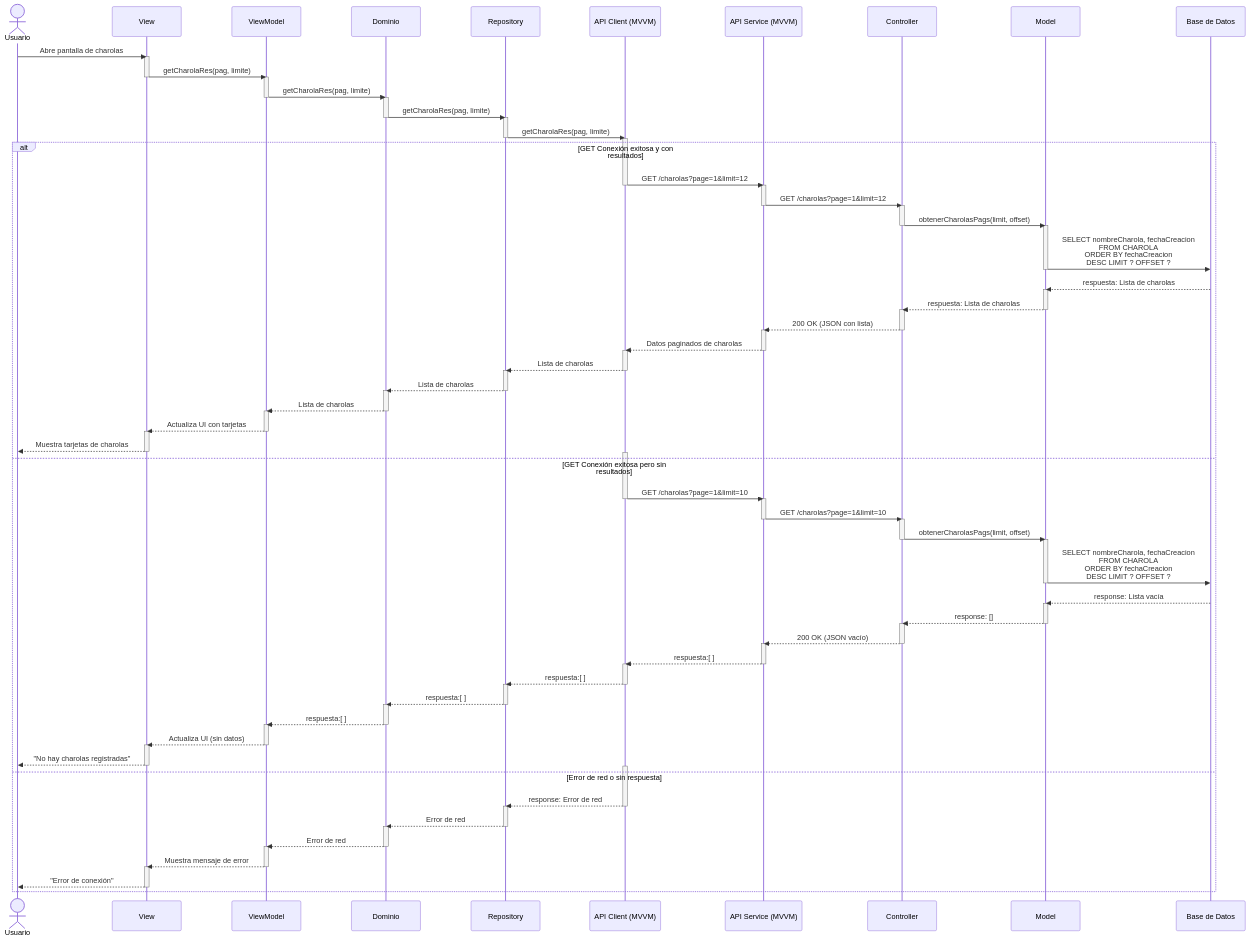
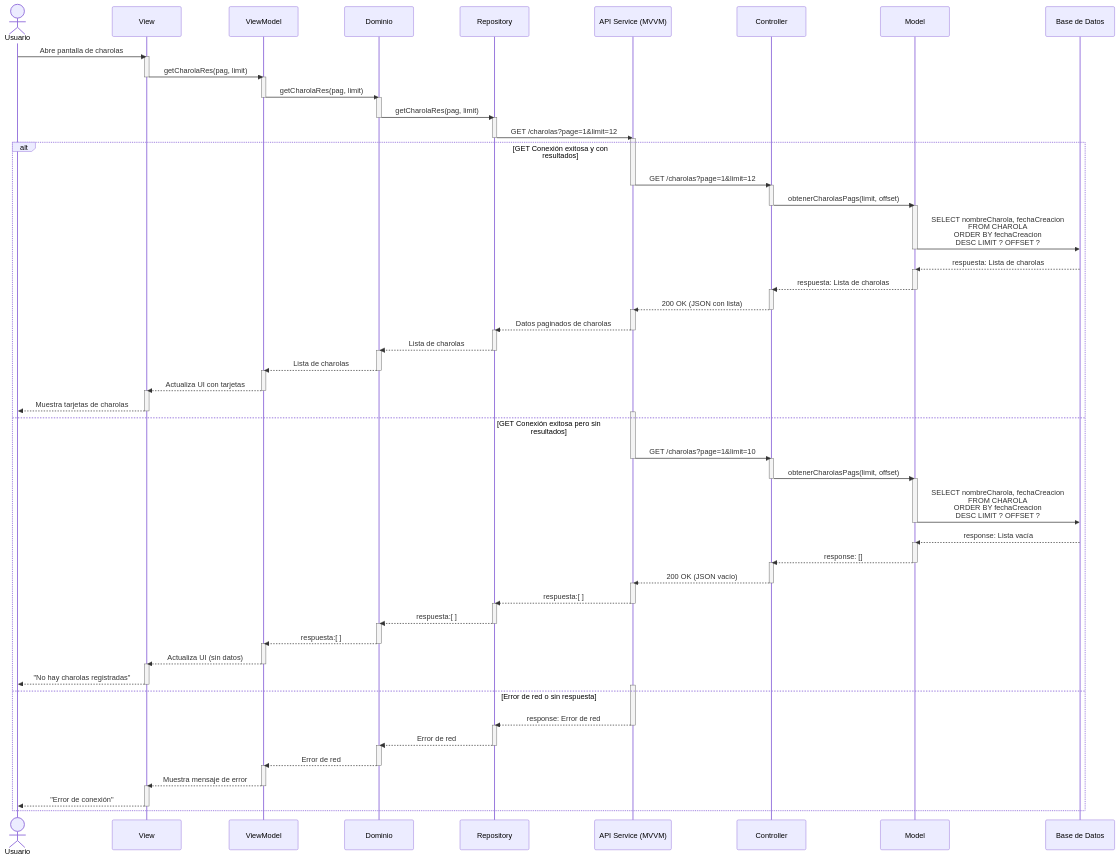
Before and after one commit to CodeAnd-Co/Documentacion: the diagram in documentation/docs/proyectos/larvas/documentacion/requisitos/RF16.md, drawn with Mermaid. The commit also changed other lines of this file, not shown here.

Commit message:
Modificar el diagrama de secuencia

````diff
--- a/documentation/docs/proyectos/larvas/documentacion/requisitos/RF16.md
+++ b/documentation/docs/proyectos/larvas/documentacion/requisitos/RF16.md
@@ -26,7 +26,6 @@
     participant ViewModel as ViewModel
     participant Domain as Dominio
     participant Repository as Repository
-    participant APIClient as API Client (MVVM)
     participant APIService as API Service (MVVM)
     participant Controller as Controller
     participant Model as Model
@@ -35,27 +34,24 @@
     Usuario->>View: Abre pantalla de charolas
 
     activate View
-    View->>ViewModel: getCharolaRes(pag, limite)
+    View->>ViewModel: getCharolaRes(pag, limit)
     deactivate View
 
     activate ViewModel
-    ViewModel->>Domain: getCharolaRes(pag, limite)
+    ViewModel->>Domain: getCharolaRes(pag, limit)
     deactivate ViewModel
 
     activate Domain
-    Domain->>Repository: getCharolaRes(pag, limite)
+    Domain->>Repository: getCharolaRes(pag, limit)
     deactivate Domain
 
     activate Repository
-    Repository->>APIClient: getCharolaRes(pag, limite)
+    Repository->>APIService: GET /charolas?page=1&limit=12
     deactivate Repository
-    activate APIClient
-
+    activate APIService
+    
     alt GET Conexión exitosa y con resultados
-        APIClient->>APIService: GET /charolas?page=1&limit=12
-        deactivate APIClient
-
-        activate APIService
+        
         APIService->>Controller: GET /charolas?page=1&limit=12
         deactivate APIService
 
@@ -78,12 +74,8 @@
         deactivate Controller
 
         activate APIService
-        APIService-->>APIClient: Datos paginados de charolas
+        APIService-->>Repository: Datos paginados de charolas
         deactivate APIService
-
-        activate APIClient
-        APIClient-->>Repository: Lista de charolas
-        deactivate APIClient
 
         activate Repository
         Repository-->>Domain: Lista de charolas
@@ -100,13 +92,10 @@
         activate View
         View-->>Usuario: Muestra tarjetas de charolas
         deactivate View
-        activate APIClient
+        activate APIService
 
     else GET Conexión exitosa pero sin resultados
-        APIClient->>APIService: GET /charolas?page=1&limit=10
-        deactivate APIClient
-
-        activate APIService
+        
         APIService->>Controller: GET /charolas?page=1&limit=10
         deactivate APIService
 
@@ -129,12 +118,8 @@
         deactivate Controller
 
         activate APIService
-        APIService-->>APIClient: respuesta:[ ]
+        APIService-->>Repository: respuesta:[ ]
         deactivate APIService
-
-        activate APIClient
-        APIClient-->>Repository: respuesta:[ ]
-        deactivate APIClient
 
         activate Repository
         Repository-->>Domain: respuesta:[ ]
@@ -151,11 +136,11 @@
         activate View
         View-->>Usuario: "No hay charolas registradas"
         deactivate View
-        activate APIClient
+        activate APIService
 
     else Error de red o sin respuesta
-        APIClient-->>Repository: response: Error de red
-        deactivate APIClient
+        APIService-->>Repository: response: Error de red
+        deactivate APIService
 
         activate Repository
         Repository-->>Domain: Error de red
@@ -174,4 +159,5 @@
         deactivate View
     end
 
+
 ```
````
